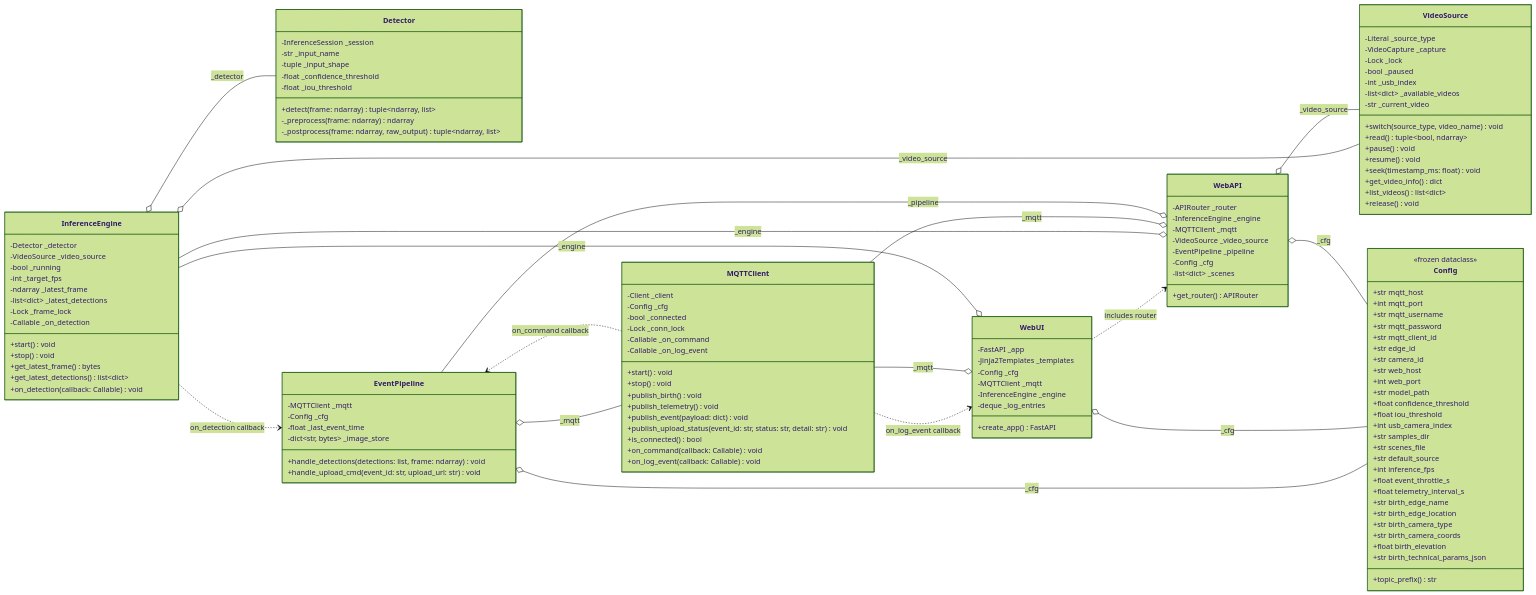
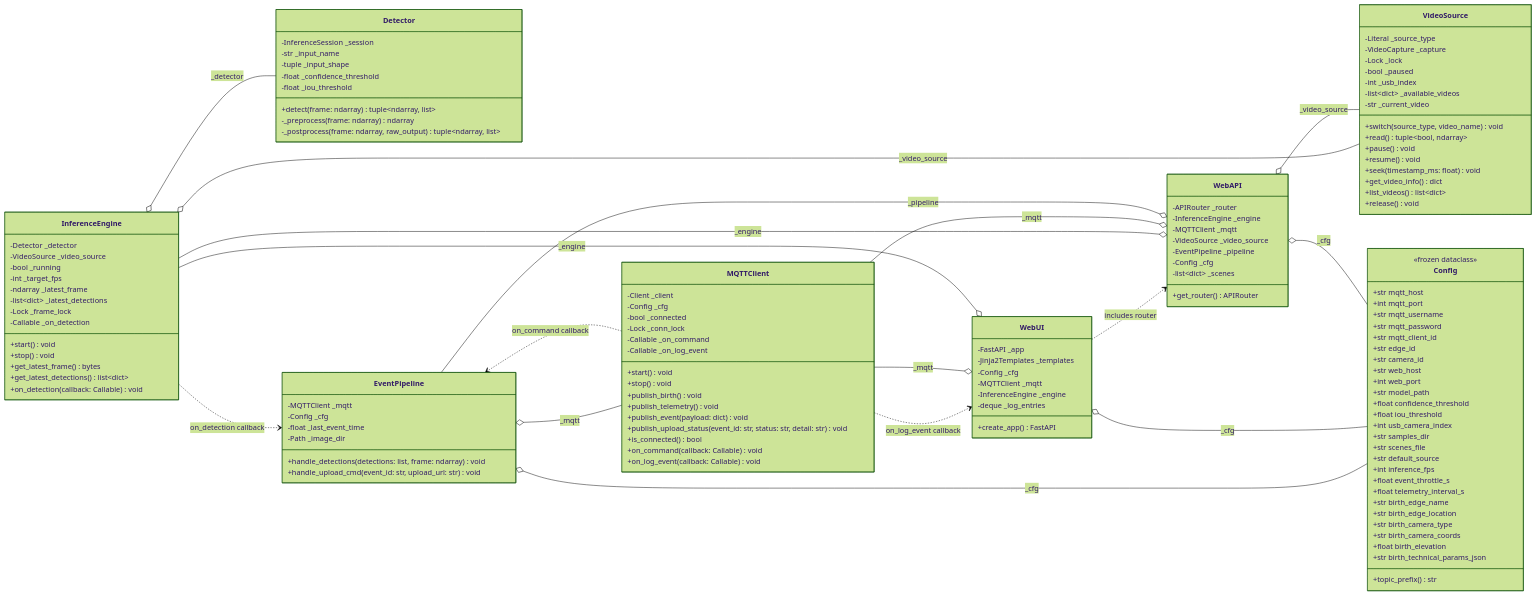
One commit to lorenzo-cmyk/PF_NA_2025_26 changed the diagram in doc/components/Camera.md. Above: the diagram before and after it, drawn with Mermaid (forest theme). The commit also changed other lines of this file and 3 other files, not shown here.

```diff
--- a/doc/components/Camera.md
+++ b/doc/components/Camera.md
@@ -746,7 +749,7 @@
         -MQTTClient _mqtt
         -Config _cfg
         -float _last_event_time
-        -dict~str, bytes~ _image_store
+        -Path _image_dir
         +handle_detections(detections: list, frame: ndarray) void
         +handle_upload_cmd(event_id: str, upload_url: str) void
     }
```
